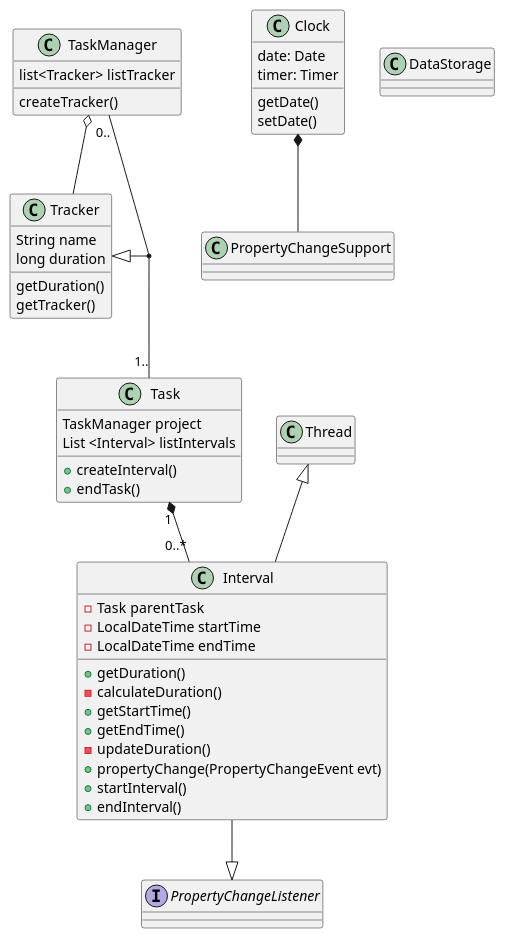
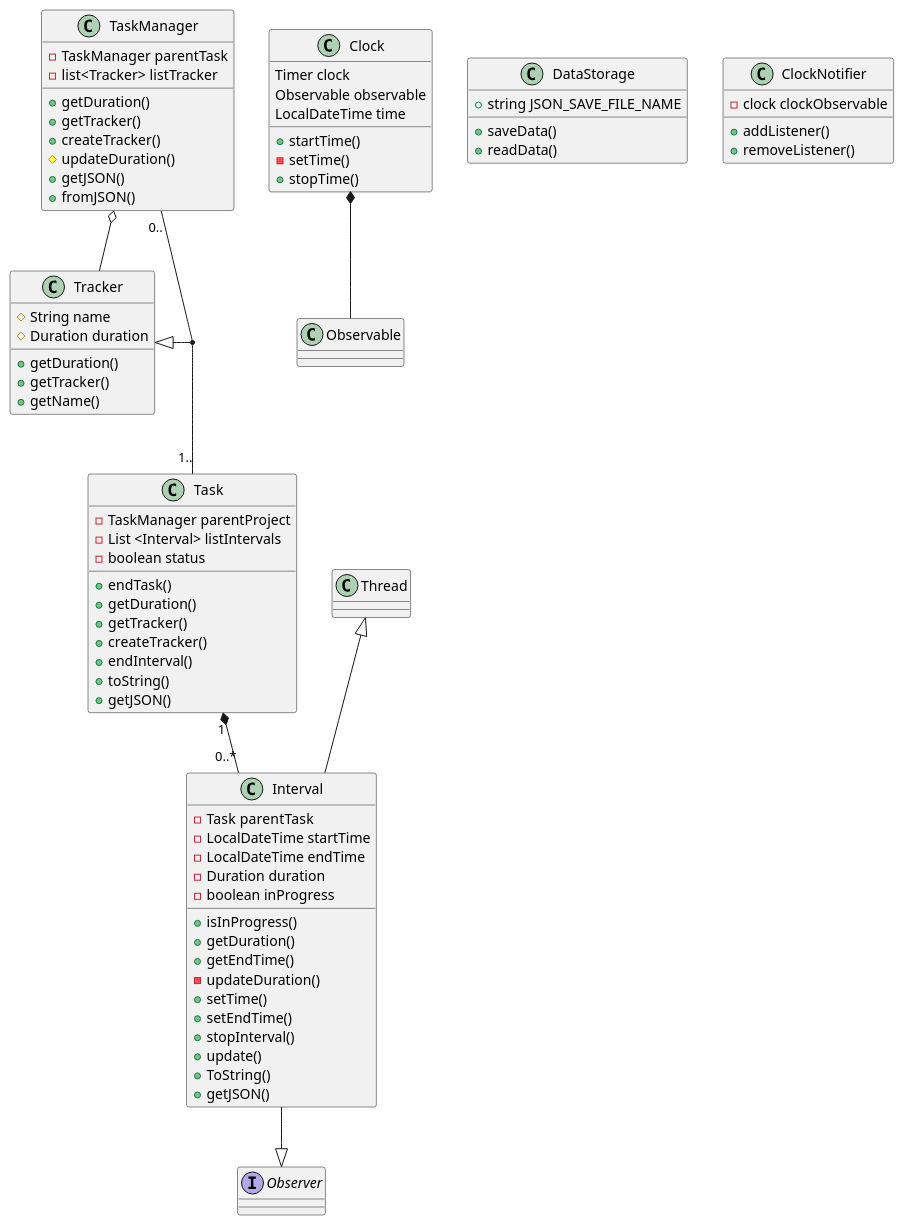
The diagram in src/main/java/time_tracker.puml (kumarbhupi/time_tracker), drawn with PlantUML before and after one commit.

Commit message:
UML Diagram updated

```diff
--- a/src/main/java/time_tracker.puml
+++ b/src/main/java/time_tracker.puml
@@ -1,58 +1,87 @@
 @startuml
 class Tracker{
-String name
-long duration
-getDuration()
-getTracker()
+#String name
+#Duration duration
++getDuration()
++getTracker()
++getName()
 }
 
 class TaskManager{
-list<Tracker> listTracker
-createTracker()
+-TaskManager parentTask
+-list<Tracker> listTracker
++getDuration()
++getTracker()
++createTracker()
+#updateDuration()
++getJSON()
++fromJSON()
 }
 
 class Task{
-TaskManager project
-List <Interval> listIntervals
-+createInterval()
+-TaskManager parentProject
+-List <Interval> listIntervals
+-boolean status
 +endTask()
++getDuration()
++getTracker()
++createTracker()
++endInterval()
++toString()
++getJSON()
 }
 
 class Interval{
 -Task parentTask
 -LocalDateTime startTime
 -LocalDateTime endTime
+-Duration duration
+-boolean inProgress
++isInProgress()
 +getDuration()
--calculateDuration()
-+getStartTime()
 +getEndTime()
 -updateDuration()
-+propertyChange(PropertyChangeEvent evt)
-+startInterval()
-+endInterval()
++setTime()
++setEndTime()
++stopInterval()
++update()
++ToString()
++getJSON()
 }
 
-Interface PropertyChangeListener
+Interface Observer
 
-Class PropertyChangeSupport
+Class Observable
 
 class Clock{
-getDate()
-setDate()
-date: Date
-timer: Timer
++startTime()
+-setTime()
++stopTime()
+Timer clock
+Observable observable
+LocalDateTime time
 }
 
-class DataStorage
+class DataStorage{
++string JSON_SAVE_FILE_NAME
++saveData()
++readData()
+}
 
 class Thread
+
+class ClockNotifier{
+-clock clockObservable
++addListener()
++removeListener()
+}
 
 TaskManager"0.." -- "1.." Task
 Tracker<|--(TaskManager, Task)
 Task"1"*--"0..*"Interval
-Interval--|>PropertyChangeListener
+Interval--|>Observer
 TaskManager o--Tracker
-Clock*--PropertyChangeSupport
+Clock*--Observable
 Thread <|-- Interval
 
 @enduml
```
